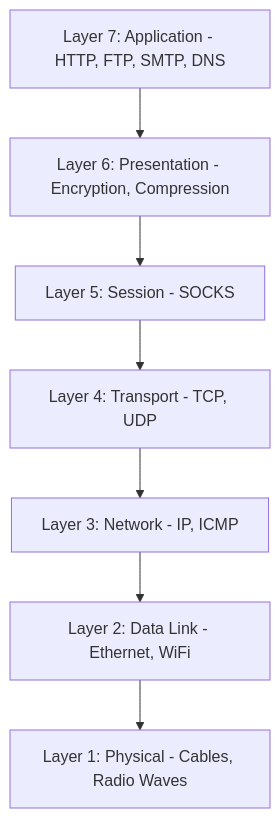
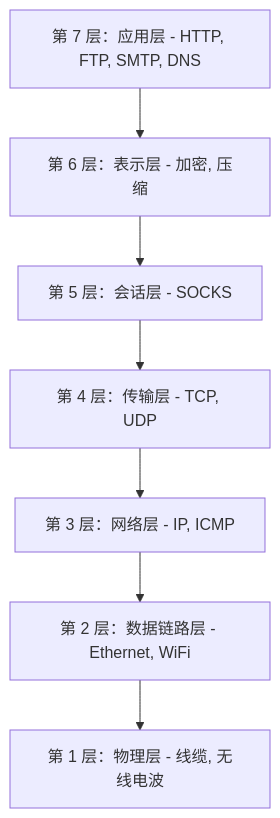
The first of 3 diagrams in docs/zh/deep-dive/network/network-fundamentals.md (autoscrape-labs/pydoll), drawn with Mermaid before and after one commit. The commit also changed other lines of this file and 241 other files, not shown here.

````diff
--- a/docs/zh/deep-dive/network/network-fundamentals.md
+++ b/docs/zh/deep-dive/network/network-fundamentals.md
@@ -20,12 +13,12 @@
 ```mermaid
 graph TD
-    L7[Layer 7: Application - HTTP, FTP, SMTP, DNS]
-    L6[Layer 6: Presentation - Encryption, Compression]
-    L5[Layer 5: Session - SOCKS]
-    L4[Layer 4: Transport - TCP, UDP]
-    L3[Layer 3: Network - IP, ICMP]
-    L2[Layer 2: Data Link - Ethernet, WiFi]
-    L1[Layer 1: Physical - Cables, Radio Waves]
+    L7[第 7 层：应用层 - HTTP, FTP, SMTP, DNS]
+    L6[第 6 层：表示层 - 加密, 压缩]
+    L5[第 5 层：会话层 - SOCKS]
+    L4[第 4 层：传输层 - TCP, UDP]
+    L3[第 3 层：网络层 - IP, ICMP]
+    L2[第 2 层：数据链路层 - Ethernet, WiFi]
+    L1[第 1 层：物理层 - 线缆, 无线电波]
 
     L7 --> L6 --> L5 --> L4 --> L3 --> L2 --> L1
 ```
````
